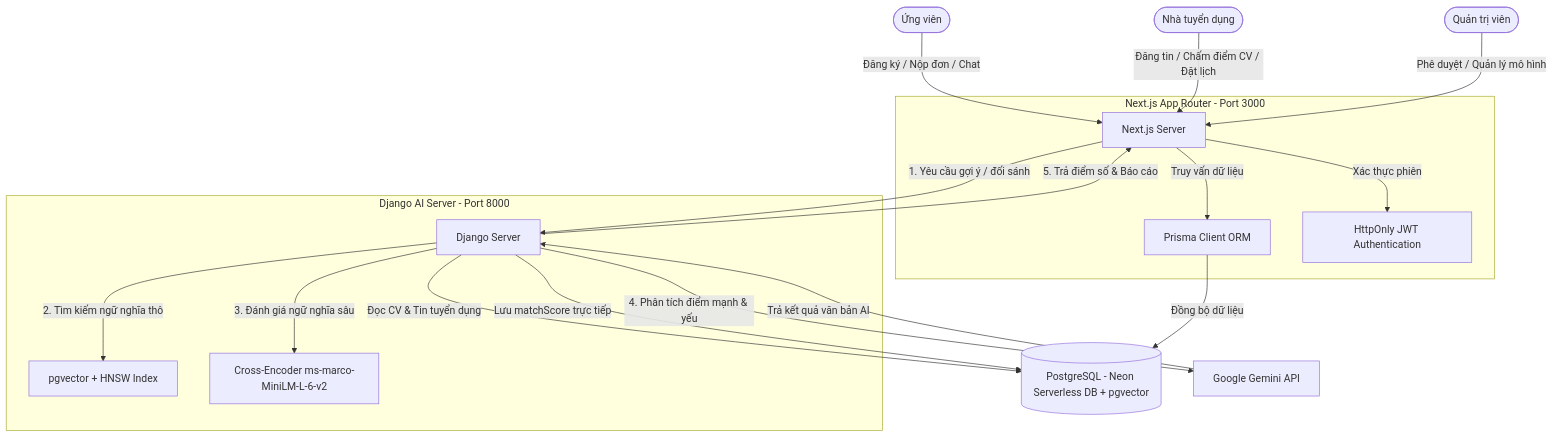
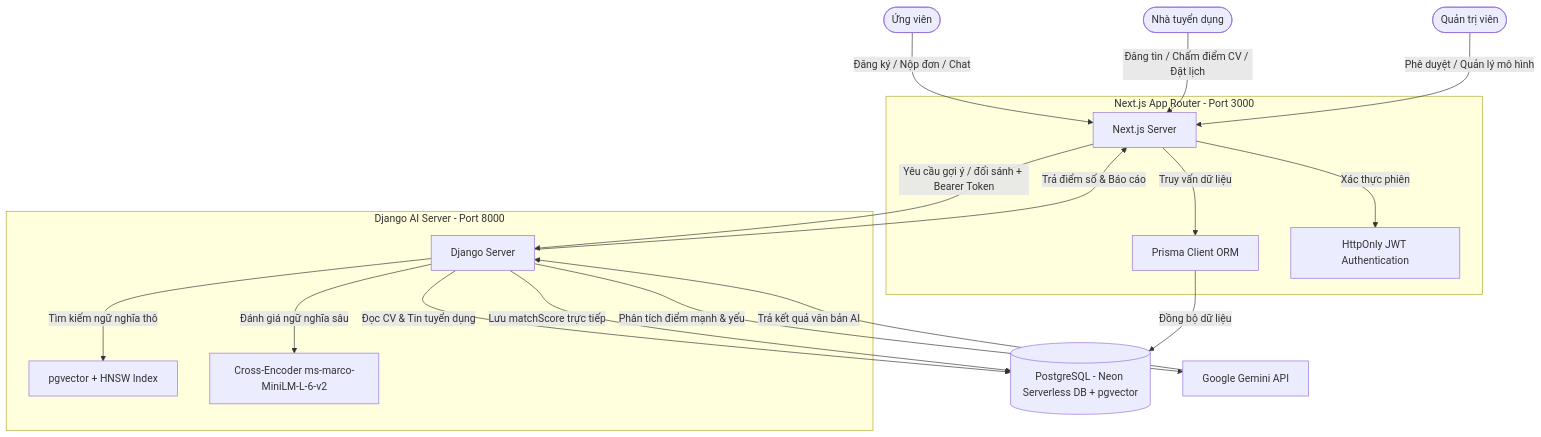
The second of 2 diagrams in README.md (traidepdo/jobpqnvsmt), drawn with Mermaid before and after one commit. The commit also changed other lines of this file and 10 other files, not shown here.

Commit message:
fix bảo mật và chỉnh readme

````diff
--- a/README.md
+++ b/README.md
@@ -13,46 +99,46 @@
 ```mermaid
 graph TD
     %% Định nghĩa các tác nhân
     Candidate([Ứng viên])
     Employer([Nhà tuyển dụng])
     Admin([Quản trị viên])
     
     %% NextJS Web Server
     subgraph Web_Application [Next.js App Router - Port 3000]
         NextJS[Next.js Server]
         Prisma[Prisma Client ORM]
         CookieAuth[HttpOnly JWT Authentication]
     end
     
     %% PostgreSQL Database
     PostgreSQL[(PostgreSQL - Neon Serverless DB + pgvector)]
     
     %% Django AI Server
     subgraph AI_Services [Django AI Server - Port 8000]
         Django[Django Server]
         pgvector[pgvector + HNSW Index]
         CrossEncoder[Cross-Encoder ms-marco-MiniLM-L-6-v2]
     end
     
     %% Các kết nối tương tác
     Candidate -->|Đăng ký / Nộp đơn / Chat| NextJS
     Employer -->|Đăng tin / Chấm điểm CV / Đặt lịch| NextJS
     Admin -->|Phê duyệt / Quản lý mô hình| NextJS
     
     NextJS -->|Xác thực phiên| CookieAuth
     NextJS -->|Truy vấn dữ liệu| Prisma
     Prisma -->|Đồng bộ dữ liệu| PostgreSQL
     
-    %% Giao tiếp giữa NextJS và Django
-    NextJS -->|1. Yêu cầu gợi ý / đối sánh| Django
+    %% Giao tiếp giữa NextJS và Django (Bảo mật bằng INTERNAL_API_KEY)
+    NextJS -->|Yêu cầu gợi ý / đối sánh + Bearer Token| Django
     Django -->|Đọc CV & Tin tuyển dụng| PostgreSQL
     
     %% Luồng xử lý AI
-    Django -->|2. Tìm kiếm ngữ nghĩa thô| pgvector
-    Django -->|3. Đánh giá ngữ nghĩa sâu| CrossEncoder
-    Django -->|4. Phân tích điểm mạnh & yếu| Gemini[Google Gemini API]
+    Django -->|Tìm kiếm ngữ nghĩa thô| pgvector
+    Django -->|Đánh giá ngữ nghĩa sâu| CrossEncoder
+    Django -->|Phân tích điểm mạnh & yếu| Gemini[Google Gemini API]
     
     Gemini -->|Trả kết quả văn bản AI| Django
     Django -->|Lưu matchScore trực tiếp| PostgreSQL
-    Django -->|5. Trả điểm số & Báo cáo| NextJS
+    Django -->|Trả điểm số & Báo cáo| NextJS
 ```
````
